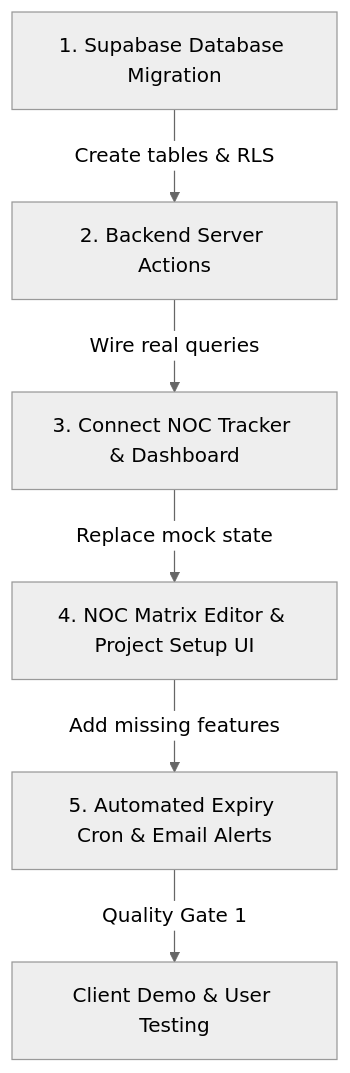
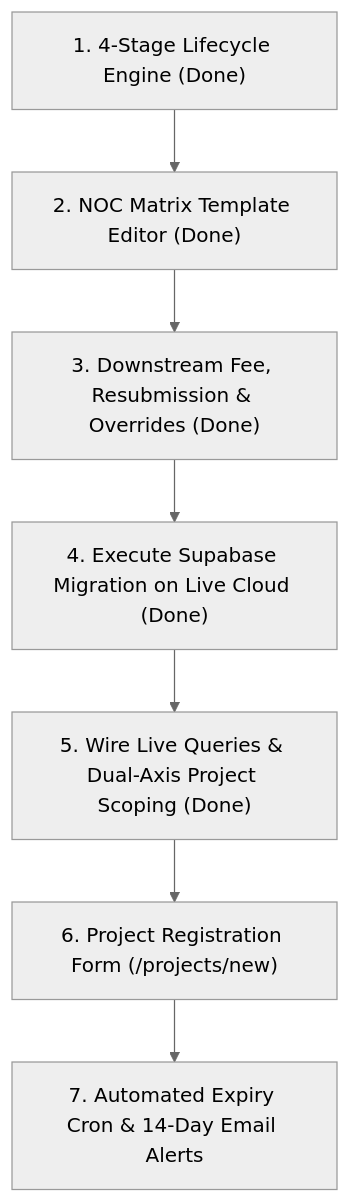
One commit to GioMjds/Document-Collaboration-For-Engineers changed the diagram in docs/phase-1-scope-gap-analysis.md. Above: the diagram before and after it, drawn with Mermaid (neutral theme). The commit also changed other lines of this file and 3 other files, not shown here.

````diff
--- a/docs/phase-1-scope-gap-analysis.md
+++ b/docs/phase-1-scope-gap-analysis.md
@@ -128,8 +102,9 @@
 ```mermaid
 flowchart TD
-    A["1. Supabase Database Migration"] -->|"Create tables & RLS"| B["2. Backend Server Actions"]
-    B -->|"Wire real queries"| C["3. Connect NOC Tracker & Dashboard"]
-    C -->|"Replace mock state"| D["4. NOC Matrix Editor & Project Setup UI"]
-    D -->|"Add missing features"| E["5. Automated Expiry Cron & Email Alerts"]
-    E -->|"Quality Gate 1"| F["Client Demo & User Testing"]
+    A["1. 4-Stage Lifecycle Engine (Done)"] --> B["2. NOC Matrix Template Editor (Done)"]
+    B --> C["3. Downstream Fee, Resubmission & Overrides (Done)"]
+    C --> D["4. Execute Supabase Migration on Live Cloud (Done)"]
+    D --> E["5. Wire Live Queries & Dual-Axis Project Scoping (Done)"]
+    E --> F["6. Project Registration Form (/projects/new)"]
+    F --> G["7. Automated Expiry Cron & 14-Day Email Alerts"]
 ```
````
